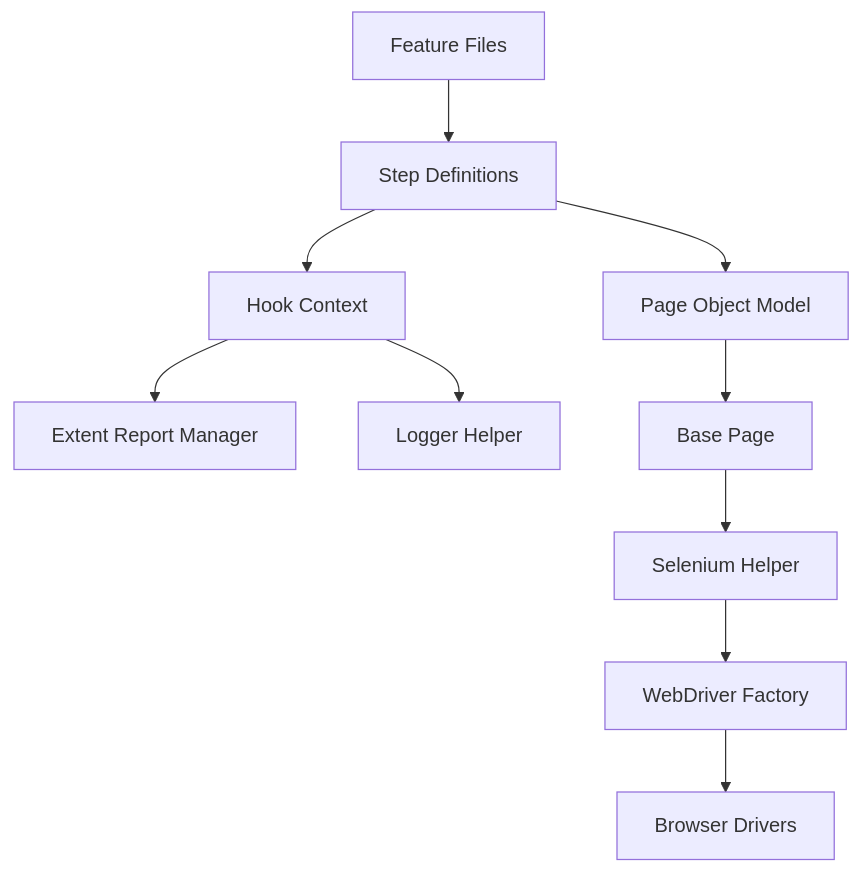
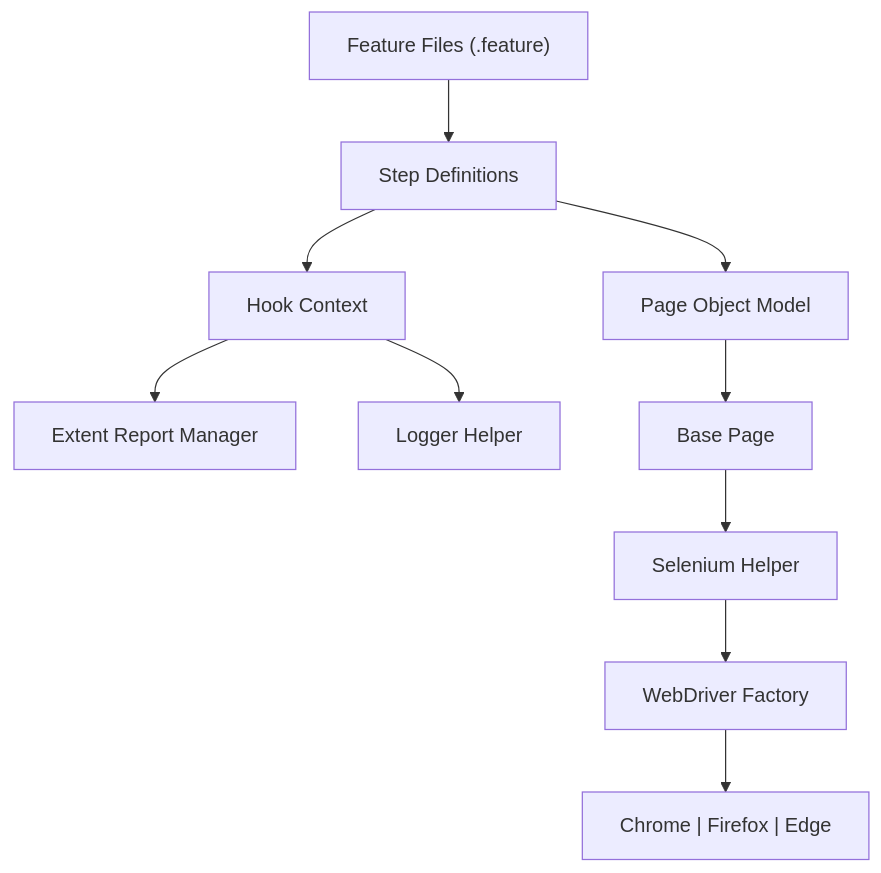
One commit to SumantaSwainEpam/ReqnRollProjectArchitecture changed the first of 3 diagrams in README.md. Above: the diagram before and after it, drawn with Mermaid. The commit also changed other lines of this file, not shown here.

First line of the commit message:
Enhance README with CI/CD and architecture updates

````diff
--- a/README.md
+++ b/README.md
@@ -34,12 +34,12 @@
 ```mermaid
 graph TD
-    A[Feature Files] --> B[Step Definitions]
+    A["Feature Files (.feature)"] --> B[Step Definitions]
     B --> C[Hook Context]
     C --> D[Extent Report Manager]
     C --> E[Logger Helper]
     B --> F[Page Object Model]
     F --> G[Base Page]
     G --> H[Selenium Helper]
     H --> I[WebDriver Factory]
-    I --> J[Browser Drivers]
+    I --> J["Chrome | Firefox | Edge"]
 ```
````
